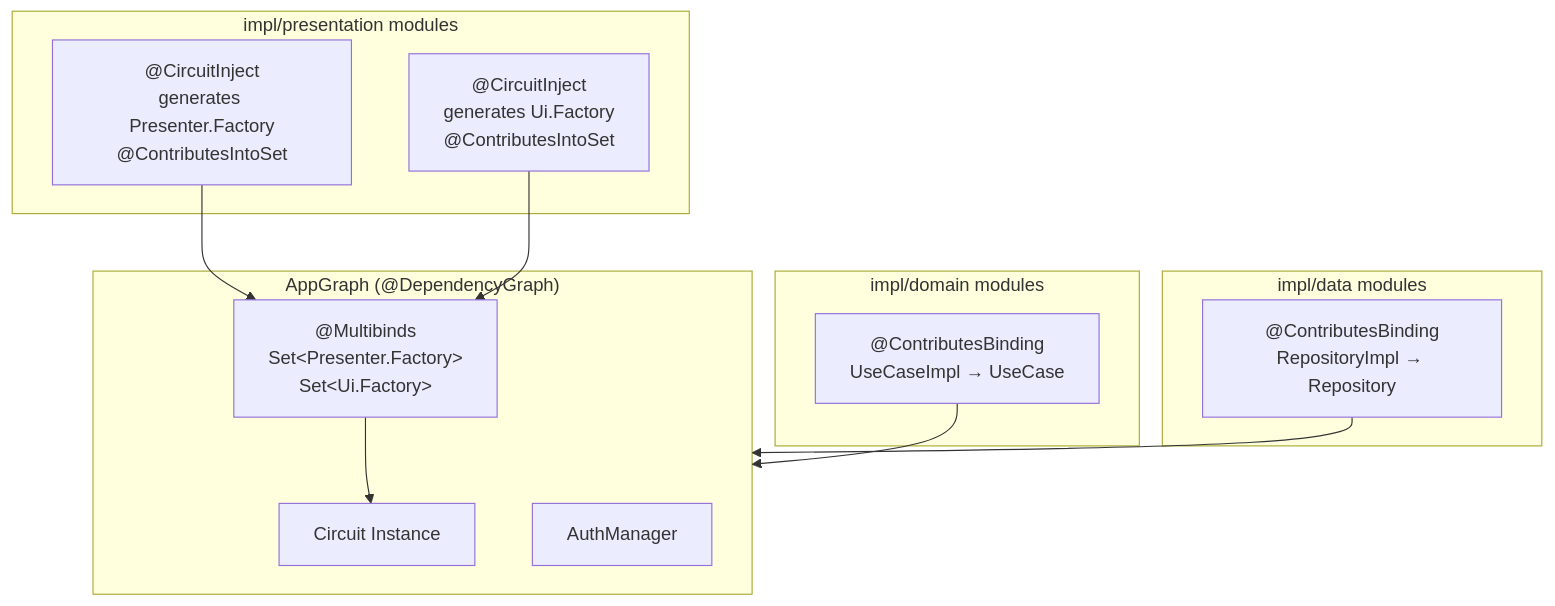
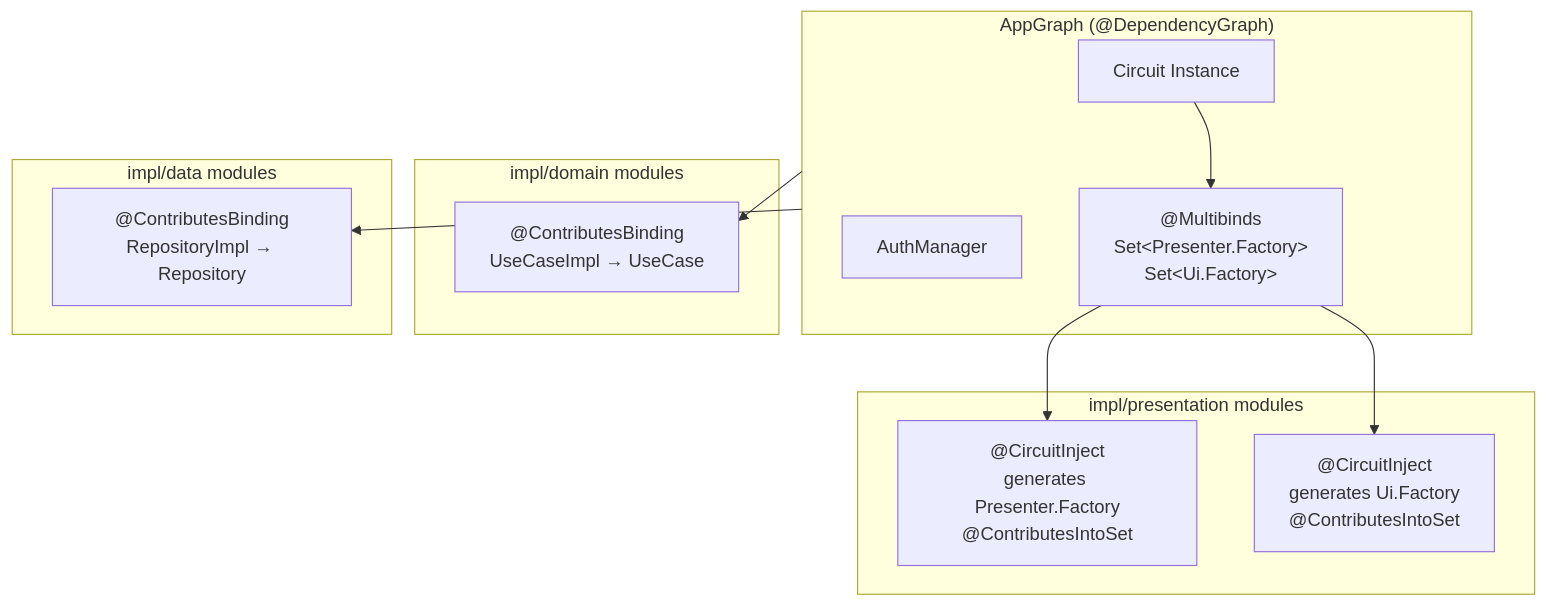
The first of 2 diagrams in .agents/standards/dependency-injection.md (jkjamies/MockDonalds), drawn with Mermaid before and after one commit. The commit also changed 19 other files, not shown here.

````diff
--- a/.agents/standards/dependency-injection.md
+++ b/.agents/standards/dependency-injection.md
@@ -126,27 +126,27 @@
 ```mermaid
 graph TB
     subgraph AppGraph["AppGraph (@DependencyGraph)"]
         Circuit["Circuit Instance"]
         AuthMgr["AuthManager"]
         Multibinds["@Multibinds<br/>Set&lt;Presenter.Factory&gt;<br/>Set&lt;Ui.Factory&gt;"]
     end
 
     subgraph ImplDomain["impl/domain modules"]
         UCImpl["@ContributesBinding<br/>UseCaseImpl → UseCase"]
     end
 
     subgraph ImplData["impl/data modules"]
         RepoImpl["@ContributesBinding<br/>RepositoryImpl → Repository"]
     end
 
     subgraph ImplPres["impl/presentation modules"]
         PresFactory["@CircuitInject<br/>generates Presenter.Factory<br/>@ContributesIntoSet"]
         UiFactory["@CircuitInject<br/>generates Ui.Factory<br/>@ContributesIntoSet"]
     end
 
-    UCImpl --> AppGraph
-    RepoImpl --> AppGraph
-    PresFactory --> Multibinds
-    UiFactory --> Multibinds
-    Multibinds --> Circuit
+    AppGraph --> UCImpl
+    AppGraph --> RepoImpl
+    Multibinds --> PresFactory
+    Multibinds --> UiFactory
+    Circuit --> Multibinds
 ```
````
